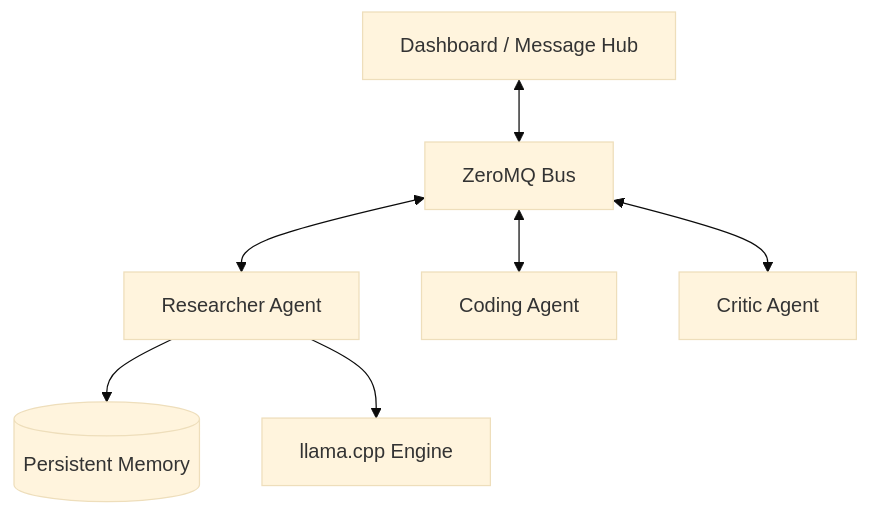
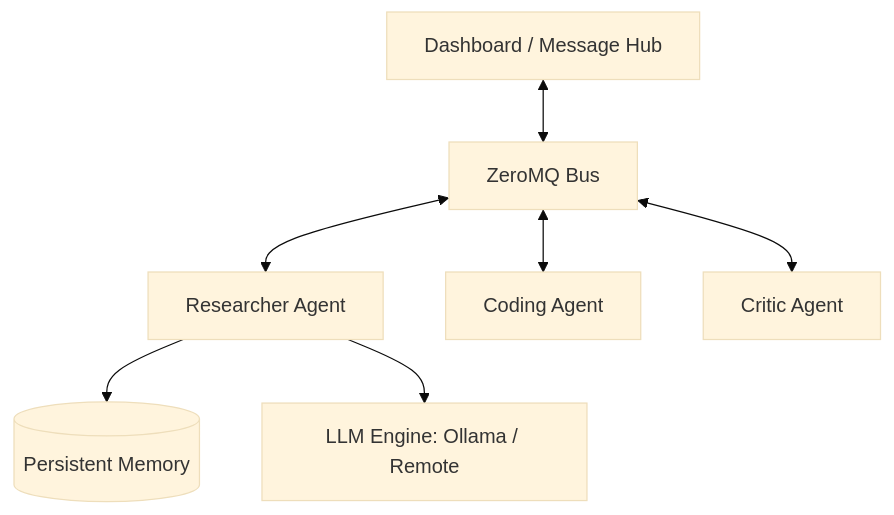
The diagram in README.md (Sriyush/CortexCLI), drawn with Mermaid (base theme) before and after one commit. The commit also changed other lines of this file and 20 other files, not shown here.

Commit message:
fixed up ollama structuring , made agents able to debate with each oteher , useer  can assign model from ollama to an agent

````diff
--- a/README.md
+++ b/README.md
@@ -21,9 +23,9 @@
 ```mermaid
 graph TD
     Dashboard[Dashboard / Message Hub] <--> ZMQ[ZeroMQ Bus]
     ZMQ <--> Agent1[Researcher Agent]
     ZMQ <--> Agent2[Coding Agent]
     ZMQ <--> Agent3[Critic Agent]
     Agent1 --> SQLite[(Persistent Memory)]
-    Agent1 --> LLM[llama.cpp Engine]
+    Agent1 --> LLM[LLM Engine: Ollama / Remote]
 ```
````
